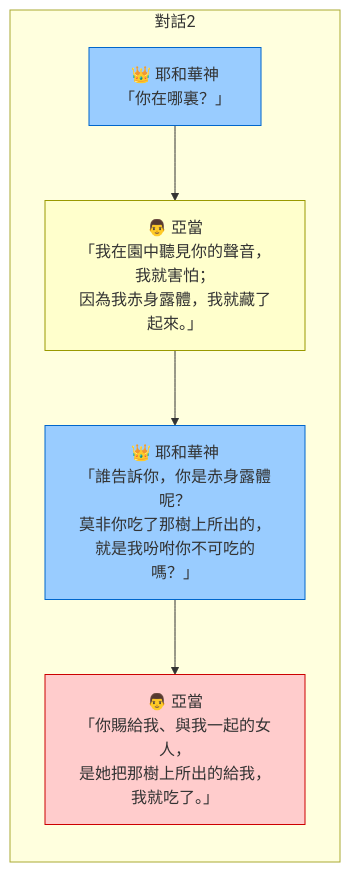
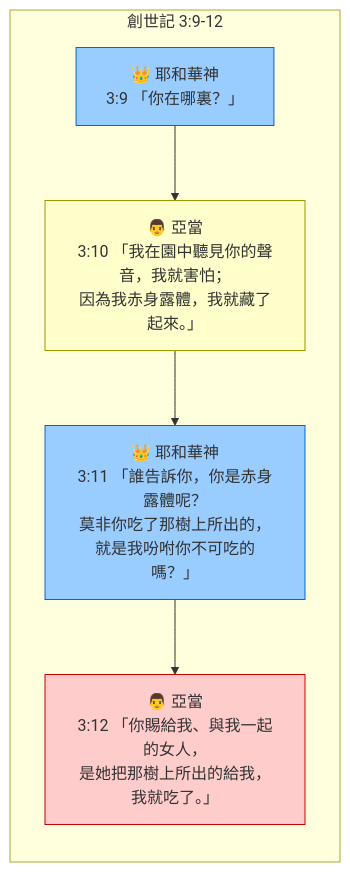
One commit to mccappsheet5804-sketch/bible-study-old-testament changed the second of 11 diagrams in 創世紀/第 03 章.md. Above: the diagram before and after it, drawn with Mermaid. The commit also changed other lines of this file, not shown here.

````diff
--- a/創世紀/第 03 章.md
+++ b/創世紀/第 03 章.md
@@ -55,14 +57,14 @@
 ```mermaid
 flowchart LR
-    subgraph 對話2
-        G1[👑 耶和華神<br>「你在哪裏？」]
-        G1 --> A1[👨 亞當<br>「我在園中聽見你的聲音，我就害怕；<br>因為我赤身露體，我就藏了起來。」]
-        A1 --> G2[👑 耶和華神<br>「誰告訴你，你是赤身露體呢？<br>莫非你吃了那樹上所出的，<br>就是我吩咐你不可吃的嗎？」]
-        G2 --> A2[👨 亞當<br>「你賜給我、與我一起的女人，<br>是她把那樹上所出的給我，我就吃了。」]
+    subgraph Dialog_2 [創世記 3:9-12]
+        G1[👑 耶和華神<br>3:9 「你在哪裏？」]
+        G1 --> A1[👨 亞當<br>3:10 「我在園中聽見你的聲音，我就害怕；<br>因為我赤身露體，我就藏了起來。」]
+        A1 --> G2[👑 耶和華神<br>3:11 「誰告訴你，你是赤身露體呢？<br>莫非你吃了那樹上所出的，<br>就是我吩咐你不可吃的嗎？」]
+        G2 --> A2[👨 亞當<br>3:12 「你賜給我、與我一起的女人，<br>是她把那樹上所出的給我，我就吃了。」]
     end
     
     style G1 fill:#99ccff,stroke:#0066cc
     style A1 fill:#ffffcc,stroke:#999900
     style G2 fill:#99ccff,stroke:#0066cc
     style A2 fill:#ffcccc,stroke:#cc0000
 ```
````
